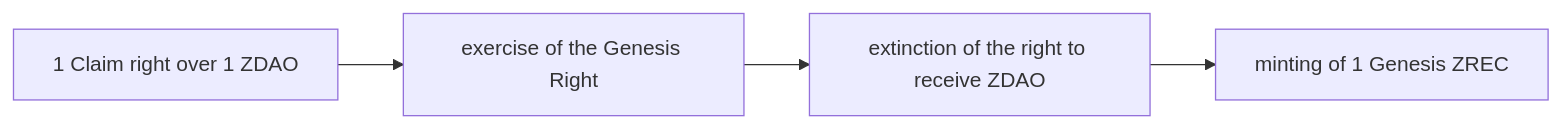
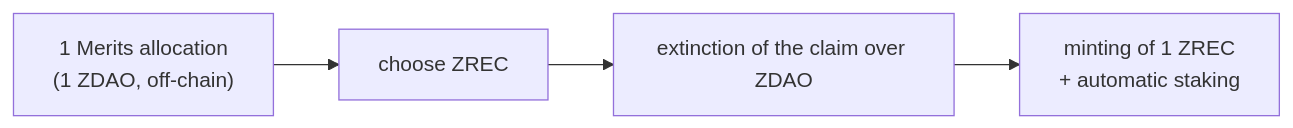
One commit to blockvault-ai/zero-energy changed the first of 2 diagrams in docs/tokenomics/02-zero-rec.md. Above: the diagram before and after it, drawn with Mermaid. The commit also changed other lines of this file and 18 other files, not shown here.

````diff
--- a/docs/tokenomics/02-zero-rec.md
+++ b/docs/tokenomics/02-zero-rec.md
@@ -46,6 +51,6 @@
 ```mermaid
 flowchart LR
-    A[1 Claim right over 1 ZDAO] --> B[exercise of the Genesis Right]
-    B --> C[extinction of the right to receive ZDAO]
-    C --> D[minting of 1 Genesis ZREC]
+    A["1 Merits allocation<br/>(1 ZDAO, off-chain)"] --> B["choose ZREC"]
+    B --> C[extinction of the claim over ZDAO]
+    C --> D["minting of 1 ZREC<br/>+ automatic staking"]
 ```
````
